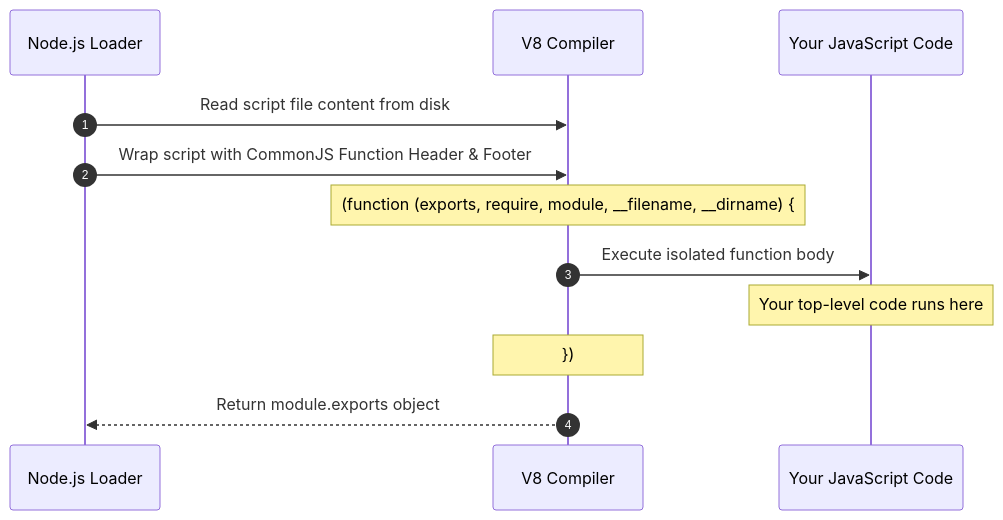
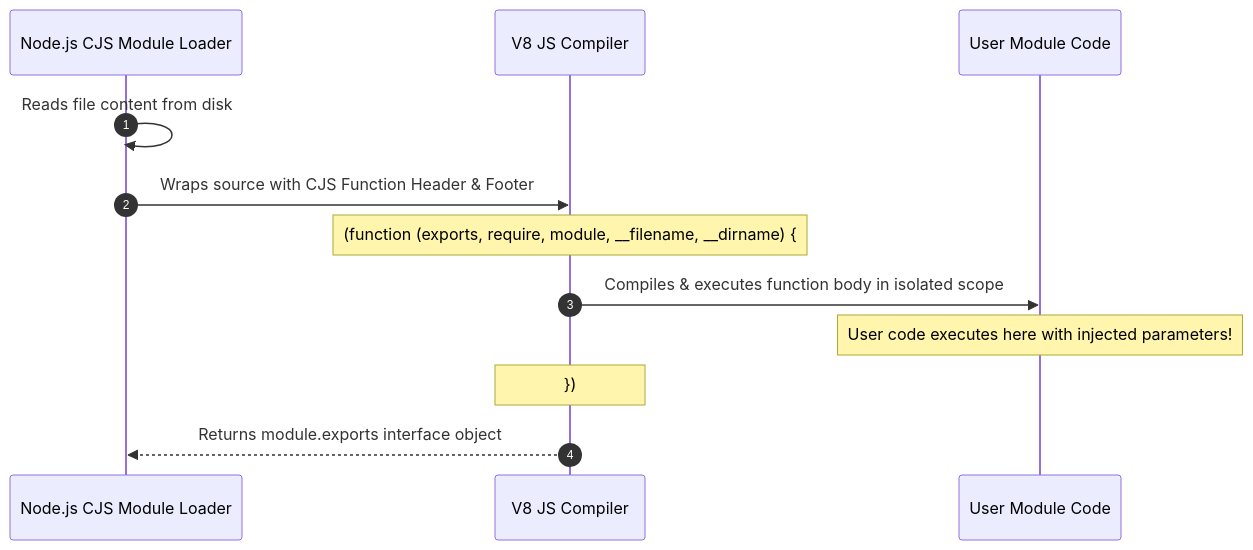
The second of 3 diagrams in nodejs-notes/02-node-globals.md (Amie-dev/engineering-playbook), drawn with Mermaid before and after one commit. The commit also changed other lines of this file and 31 other files, not shown here.

````diff
--- a/nodejs-notes/02-node-globals.md
+++ b/nodejs-notes/02-node-globals.md
@@ -49,15 +54,17 @@
 ```mermaid
 sequenceDiagram
     autonumber
-    participant Node as Node.js Loader
-    participant V8 as V8 Compiler
-    participant Script as Your JavaScript Code
+    participant Loader as Node.js CJS Module Loader
+    participant V8 as V8 JS Compiler
+    participant Script as User Module Code
 
-    Node->>V8: Read script file content from disk
-    Node->>V8: Wrap script with CommonJS Function Header & Footer
-    Note over V8: (function (exports, require, module, __filename, __dirname) {
-    V8->>Script: Execute isolated function body
-    Note over Script: Your top-level code runs here
-    Note over V8: });
-    V8-->>Node: Return module.exports object
+    Loader->>Loader: Reads file content from disk
+    Loader->>V8: Wraps source with CJS Function Header & Footer
+    
+    note over V8: (function (exports, require, module, __filename, __dirname) {
+    V8->>Script: Compiles & executes function body in isolated scope
+    note over Script: User code executes here with injected parameters!
+    note over V8: });
+
+    V8-->>Loader: Returns module.exports interface object
 ```
````
